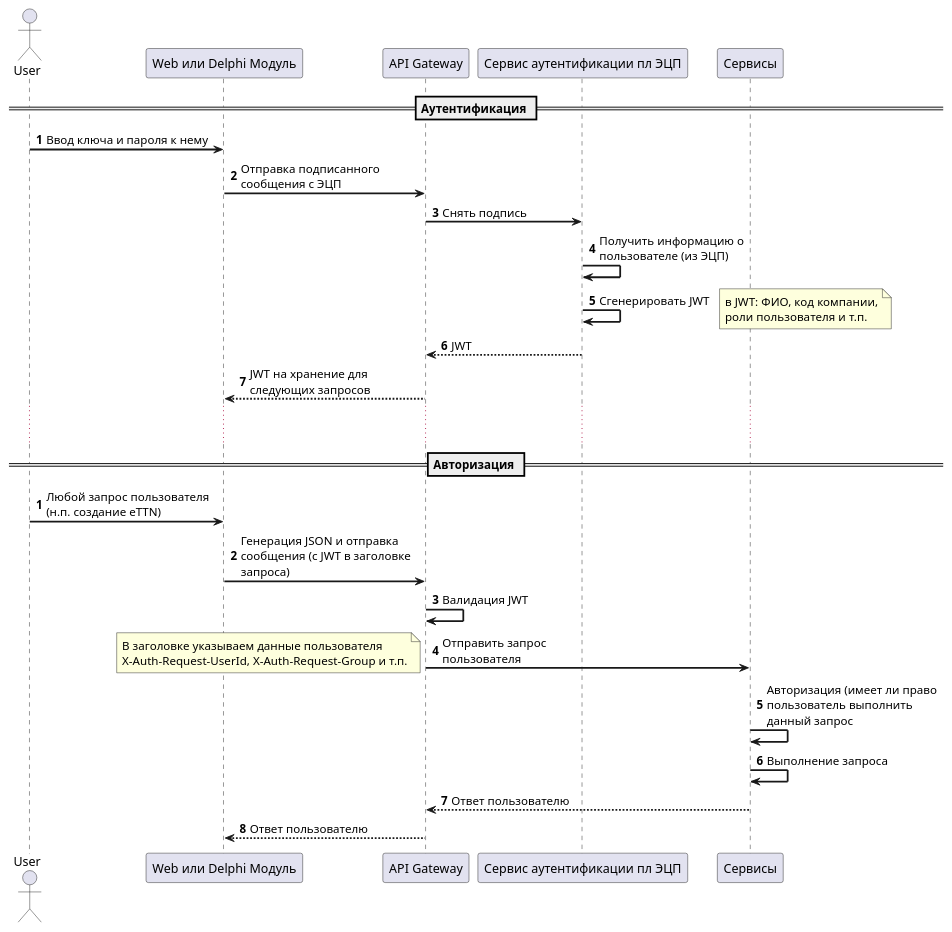
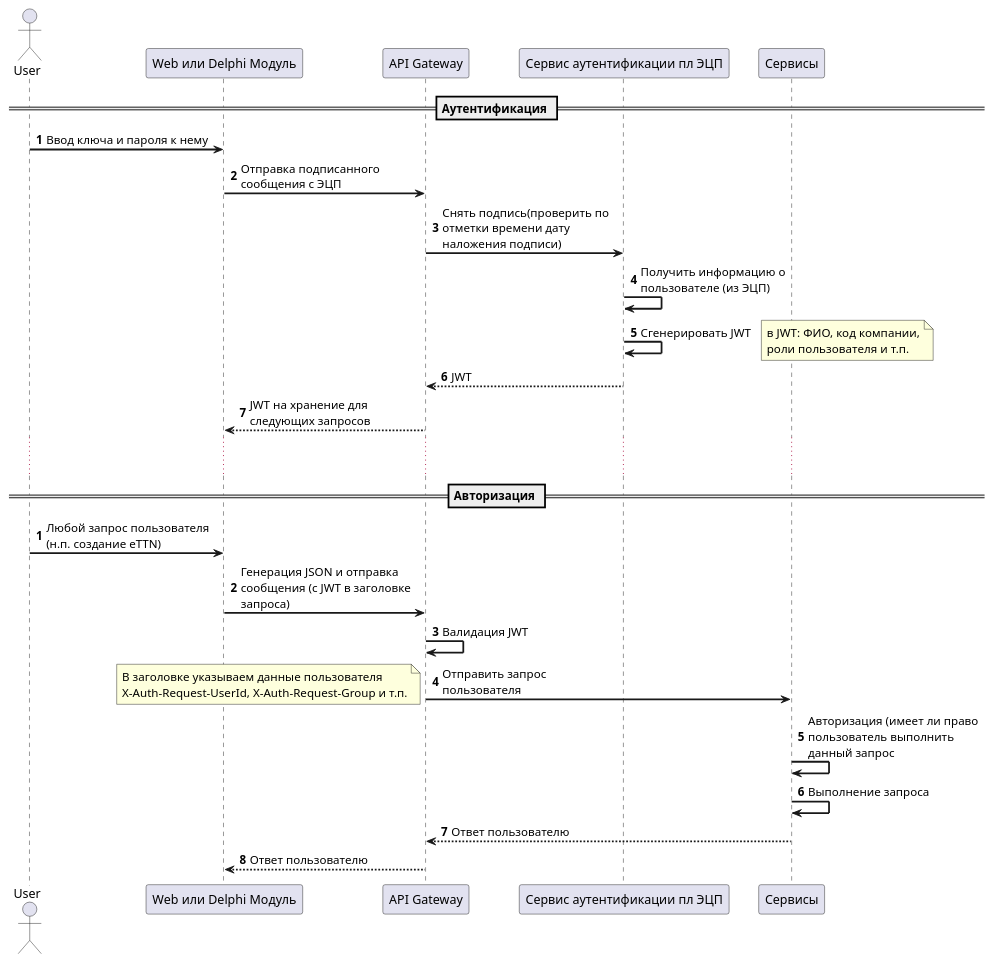
The diagram in architect/finelproject/dock/autoidentification.puml (VadimShtukan/otus_homework), drawn with PlantUML before and after one commit. The commit also changed 15 other files, not shown here.

```diff
--- a/architect/finelproject/dock/autoidentification.puml
+++ b/architect/finelproject/dock/autoidentification.puml
@@ -1,38 +1,38 @@
 @startuml
 skinparam sequenceArrowThickness 2
 skinparam maxmessagesize 200
 actor User
 participant "Пользователь" as User
 participant "Web или Delphi Модуль" as FrontEnd
 participant "API Gateway" as Gateway
 participant "Сервис аутентификации пл ЭЦП" as KeyService
 participant "Сервисы" as XService
 autonumber
 == Аутентификация ==
 User -> FrontEnd: Ввод ключа и пароля к нему
 FrontEnd -> Gateway: Отправка подписанного сообщения с ЭЦП
-Gateway -> KeyService: Снять подпись
+Gateway -> KeyService: Снять подпись(проверить по отметки времени дату наложения подписи)
 KeyService ->KeyService: Получить информацию о пользователе (из ЭЦП)
 KeyService -> KeyService: Сгенерировать JWT
 note right
 в JWT: ФИО, код компании,
 роли пользователя и т.п.
 end note
 KeyService --> Gateway: JWT
 Gateway --> FrontEnd: JWT на хранение для следующих запросов
 ... ...
 == Авторизация ==
 autonumber 1
 User -> FrontEnd: Любой запрос пользователя (н.п. создание eTTN)
 FrontEnd -> Gateway: Генерация JSON и отправка сообщения (с JWT в заголовке запроса)
 Gateway-> Gateway: Валидация JWT
 Gateway -> XService: Отправить запрос пользователя
 note left
 В заголовке указываем данные пользователя
 X-Auth-Request-UserId, X-Auth-Request-Group и т.п.
 end note
 XService -> XService: Авторизация (имеет ли право пользователь выполнить данный запрос
 XService -> XService: Выполнение запроса
 XService --> Gateway: Ответ пользователю
 Gateway --> FrontEnd: Ответ пользователю
 @enduml
```
